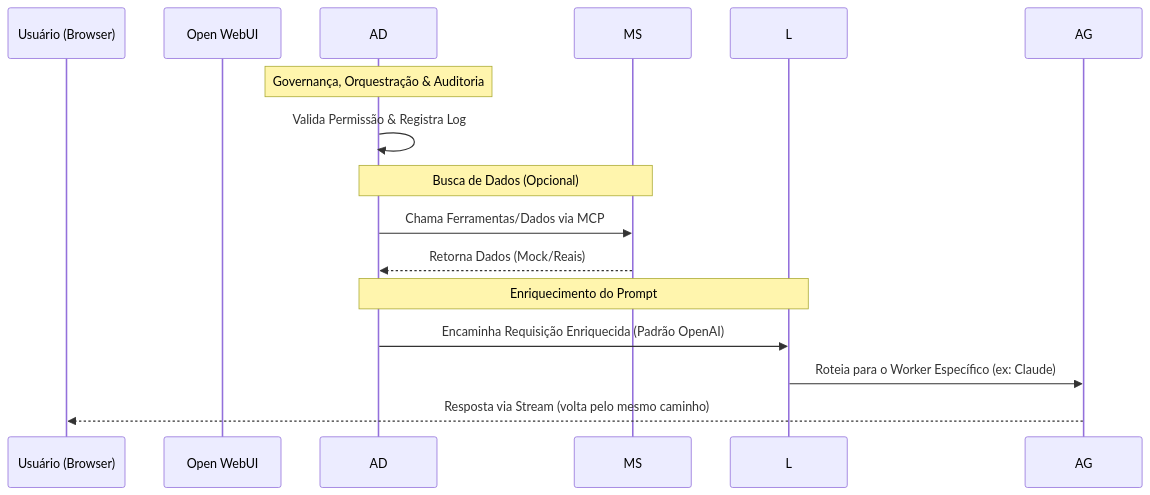
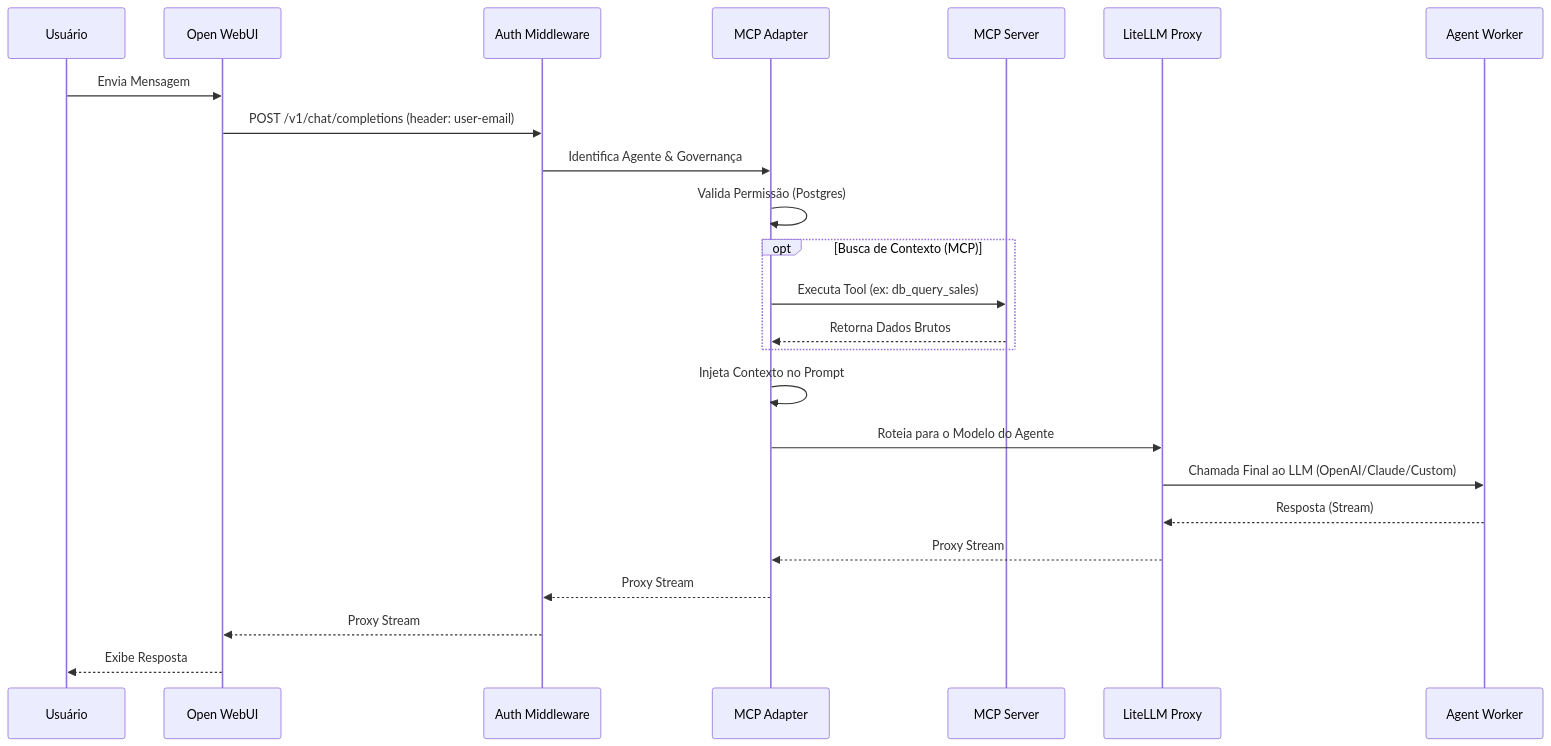
Before and after one commit to emingues-xx/litellm-openwebui: the second of 2 diagrams in docs/ARQUITETURA_AGENTS.md, drawn with Mermaid. The commit also changed other lines of this file, not shown here.

Commit message:
customizacao do openweui

````diff
--- a/docs/ARQUITETURA_AGENTS.md
+++ b/docs/ARQUITETURA_AGENTS.md
@@ -7,16 +27,31 @@
 ```mermaid
 sequenceDiagram
-    participant U as Usuário (Browser)
+    participant U as Usuário
     participant W as Open WebUI
-    Note over AD: Governança, Orquestração & Auditoria
-    AD->>AD: Valida Permissão & Registra Log
+    participant AM as Auth Middleware
+    participant AD as MCP Adapter
+    participant MS as MCP Server
+    participant L as LiteLLM Proxy
+    participant AW as Agent Worker
+
+    U->>W: Envia Mensagem
+    W->>AM: POST /v1/chat/completions (header: user-email)
     
-    Note over AD, MS: Busca de Dados (Opcional)
-    AD->>MS: Chama Ferramentas/Dados via MCP
-    MS-->>AD: Retorna Dados (Mock/Reais)
-
-    Note over AD, L: Enriquecimento do Prompt
-    AD->>L: Encaminha Requisição Enriquecida (Padrão OpenAI)
-    L->>AG: Roteia para o Worker Específico (ex: Claude)
-    AG-->>U: Resposta via Stream (volta pelo mesmo caminho)
+    AM->>AD: Identifica Agente & Governança
+    AD->>AD: Valida Permissão (Postgres)
+    
+    opt Busca de Contexto (MCP)
+        AD->>MS: Executa Tool (ex: db_query_sales)
+        MS-->>AD: Retorna Dados Brutos
+    end
+    
+    AD->>AD: Injeta Contexto no Prompt
+    
+    AD->>L: Roteia para o Modelo do Agente
+    L->>AW: Chamada Final ao LLM (OpenAI/Claude/Custom)
+    AW-->>L: Resposta (Stream)
+    L-->>AD: Proxy Stream
+    AD-->>AM: Proxy Stream
+    AM-->>W: Proxy Stream
+    W-->>U: Exibe Resposta
 ```
````
